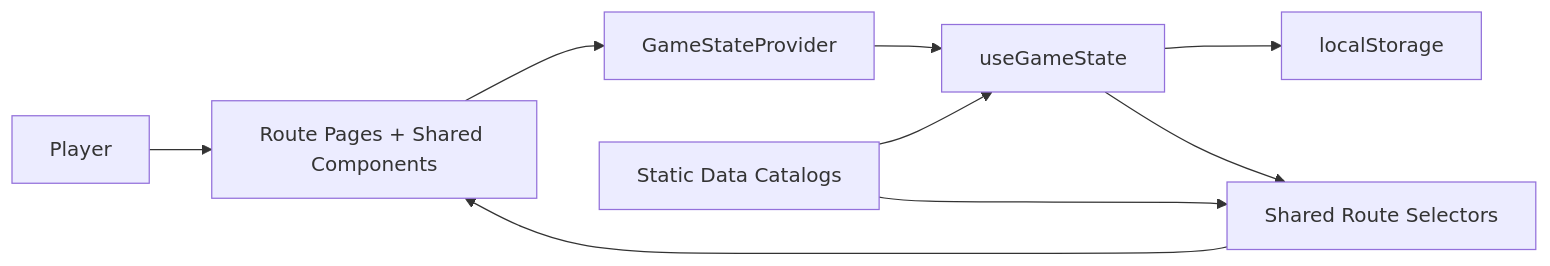
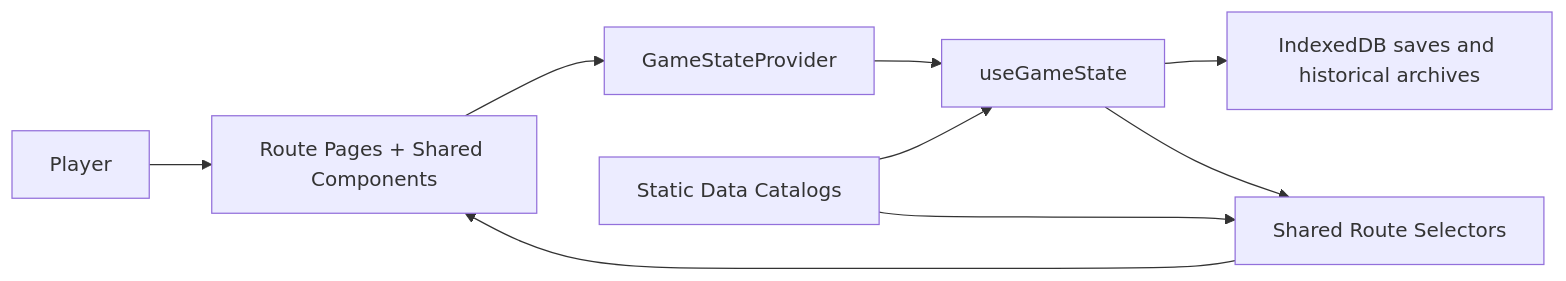
One commit to Chockers1/snookermanager changed the diagram in README.md. Above: the diagram before and after it, drawn with Mermaid. The commit also changed other lines of this file and 75 other files, not shown here.

````diff
--- a/README.md
+++ b/README.md
@@ -73,11 +73,11 @@
 ```mermaid
 flowchart LR
   Player --> UI[Route Pages + Shared Components]
   UI --> Context[GameStateProvider]
   Context --> Store[useGameState]
-  Store --> Persist[localStorage]
+  Store --> Persist[IndexedDB saves and historical archives]
   Seed[Static Data Catalogs] --> Store
   Seed --> Selectors[Shared Route Selectors]
   Store --> Selectors
   Selectors --> UI
 ```
````
